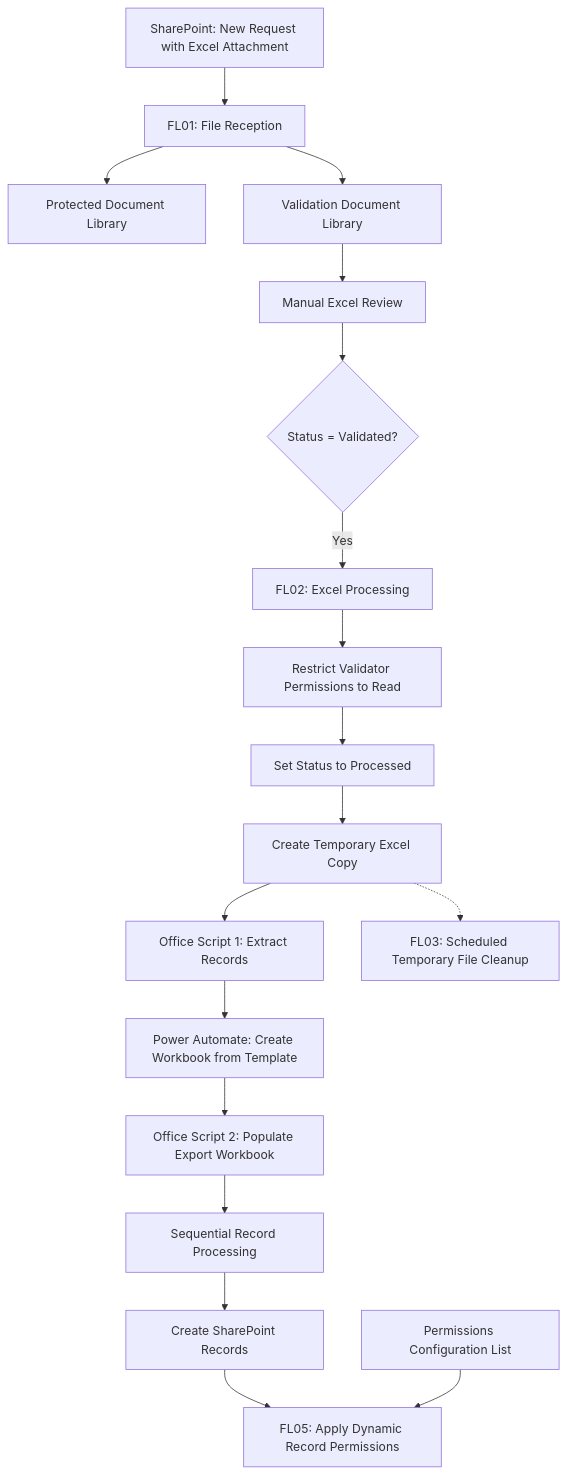
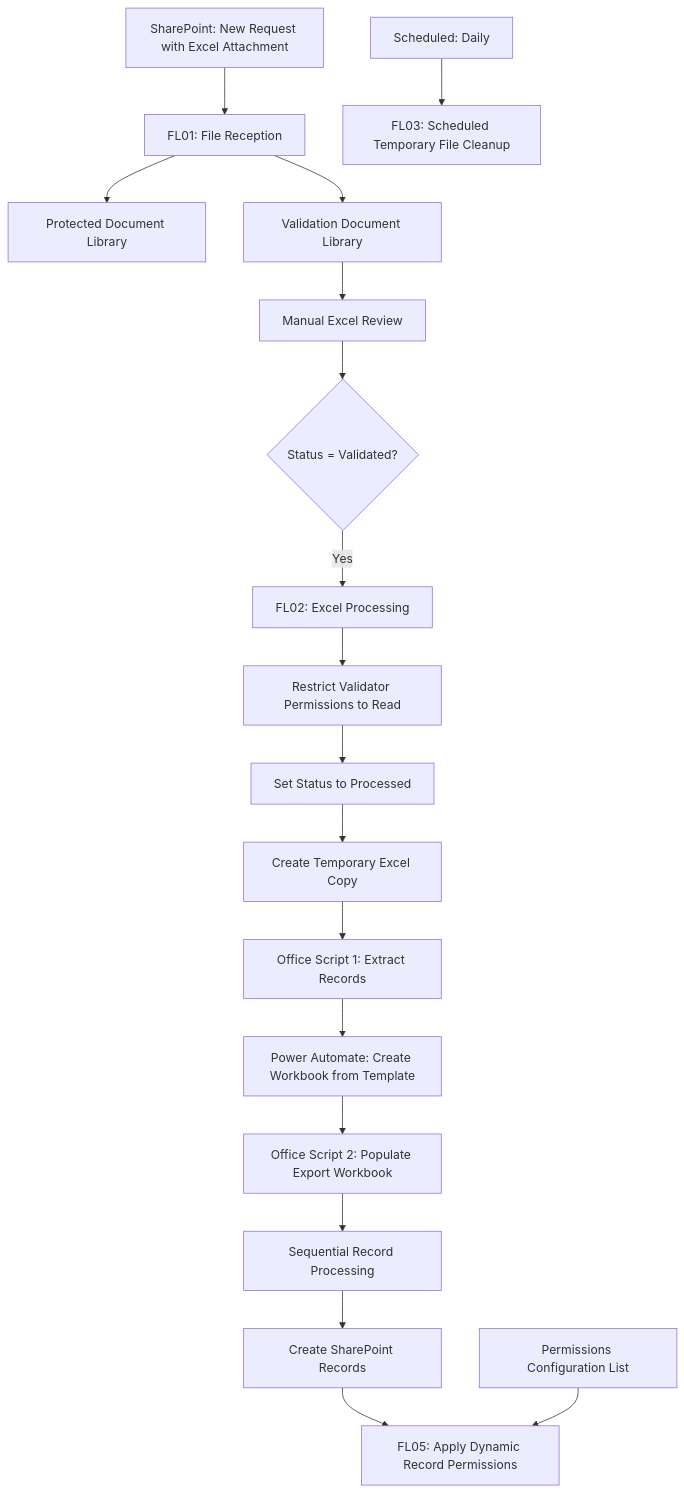
Before and after one commit to smartinmunoz/power-platform-portfolio: the diagram in Power-Automate/SharePoint-Excel-Automation/docs/architecture.md, drawn with Mermaid.

Commit message:
Clarify independent cleanup flow trigger
Added a scheduled component to the architecture diagram.

````diff
--- a/Power-Automate/SharePoint-Excel-Automation/docs/architecture.md
+++ b/Power-Automate/SharePoint-Excel-Automation/docs/architecture.md
@@ -12,39 +12,41 @@
 ```mermaid
 flowchart TD
     A["SharePoint: New Request with Excel Attachment"]
     B["FL01: File Reception"]
     C["Protected Document Library"]
     D["Validation Document Library"]
     E["Manual Excel Review"]
     F{"Status = Validated?"}
     G["FL02: Excel Processing"]
     H["Restrict Validator Permissions to Read"]
     I["Set Status to Processed"]
     J["Create Temporary Excel Copy"]
     K["Office Script 1: Extract Records"]
     L["Power Automate: Create Workbook from Template"]
     M["Office Script 2: Populate Export Workbook"]
     N["Sequential Record Processing"]
     O["Create SharePoint Records"]
     P["FL05: Apply Dynamic Record Permissions"]
     Q["Permissions Configuration List"]
     R["FL03: Scheduled Temporary File Cleanup"]
 
     A --> B
     B --> C
     B --> D
     D --> E
     E --> F
     F -->|Yes| G
     G --> H
     H --> I
     I --> J
     J --> K
     K --> L
     L --> M
     M --> N
     N --> O
     O --> P
     Q --> P
-    J -.-> R
+    S["Scheduled: Daily"]
+    S --> R
+
 ```
````
